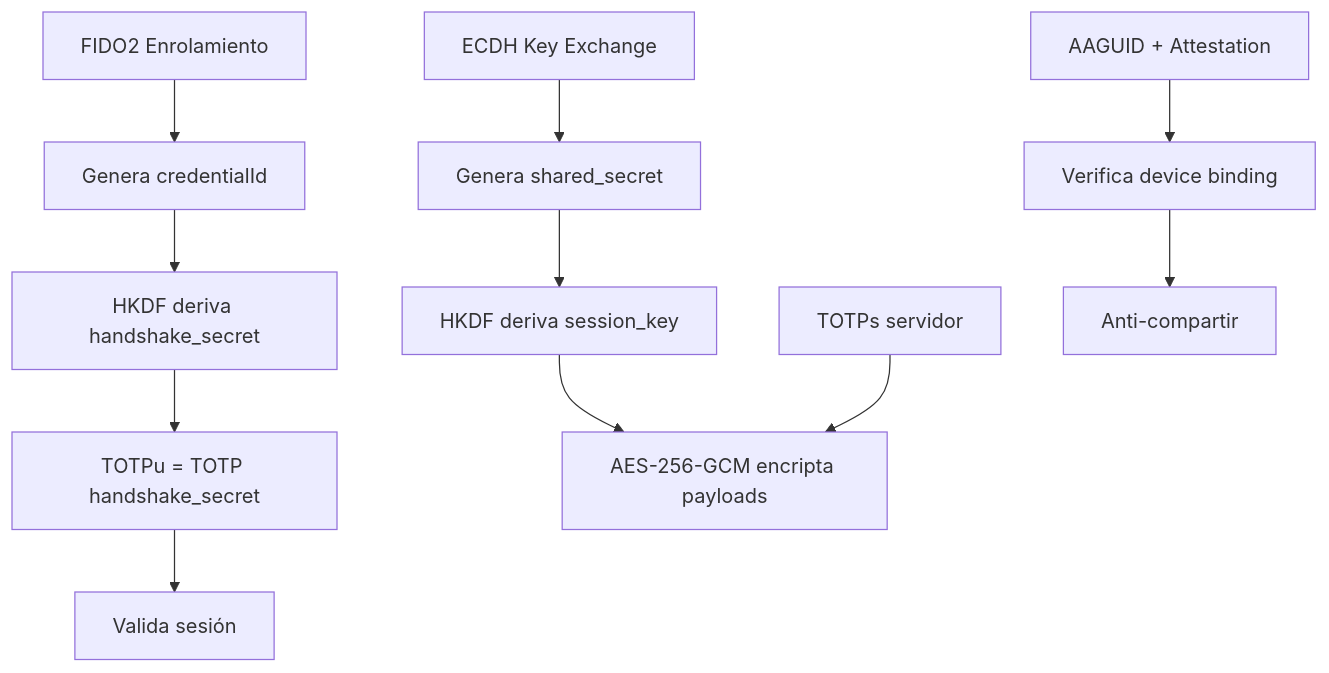
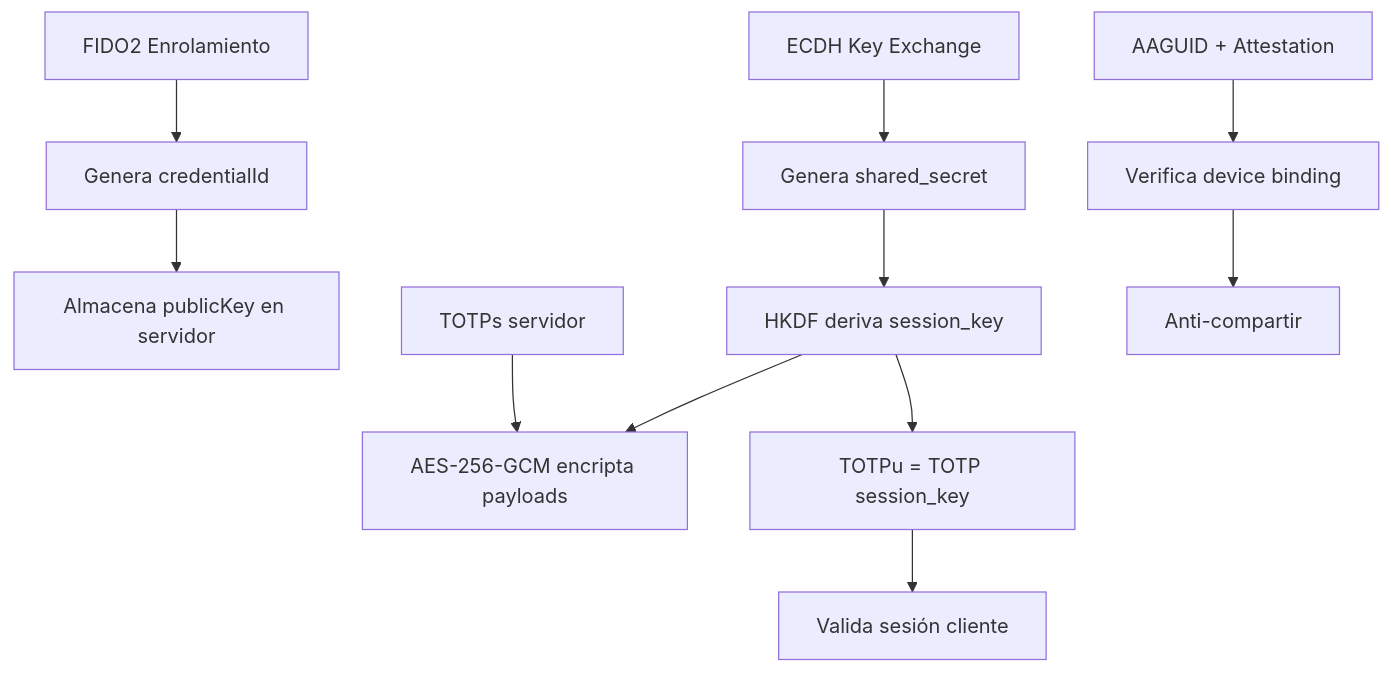
The fifth of 5 diagrams in documents/03-especificaciones-tecnicas/02-componentes-criptograficos.md (Ragnarsss/capstone-backend), drawn with Mermaid before and after one commit. The commit also changed other lines of this file and 4 other files, not shown here.

````diff
--- a/documents/03-especificaciones-tecnicas/02-componentes-criptograficos.md
+++ b/documents/03-especificaciones-tecnicas/02-componentes-criptograficos.md
@@ -514,17 +515,17 @@
 ```mermaid
 graph TB
     A[FIDO2 Enrolamiento] --> B[Genera credentialId]
-    B --> C[HKDF deriva handshake_secret]
-    C --> D[TOTPu = TOTP handshake_secret]
+    B --> C[Almacena publicKey en servidor]
     
     E[ECDH Key Exchange] --> F[Genera shared_secret]
     F --> G[HKDF deriva session_key]
     
     G --> H[AES-256-GCM encripta payloads]
-    D --> I[Valida sesión]
+    G --> I[TOTPu = TOTP session_key]
+    I --> J[Valida sesión cliente]
     
-    J[TOTPs servidor] --> H
+    K[TOTPs servidor] --> H
     
-    K[AAGUID + Attestation] --> L[Verifica device binding]
-    L --> M[Anti-compartir]
+    L[AAGUID + Attestation] --> M[Verifica device binding]
+    M --> N[Anti-compartir]
 ```
````
